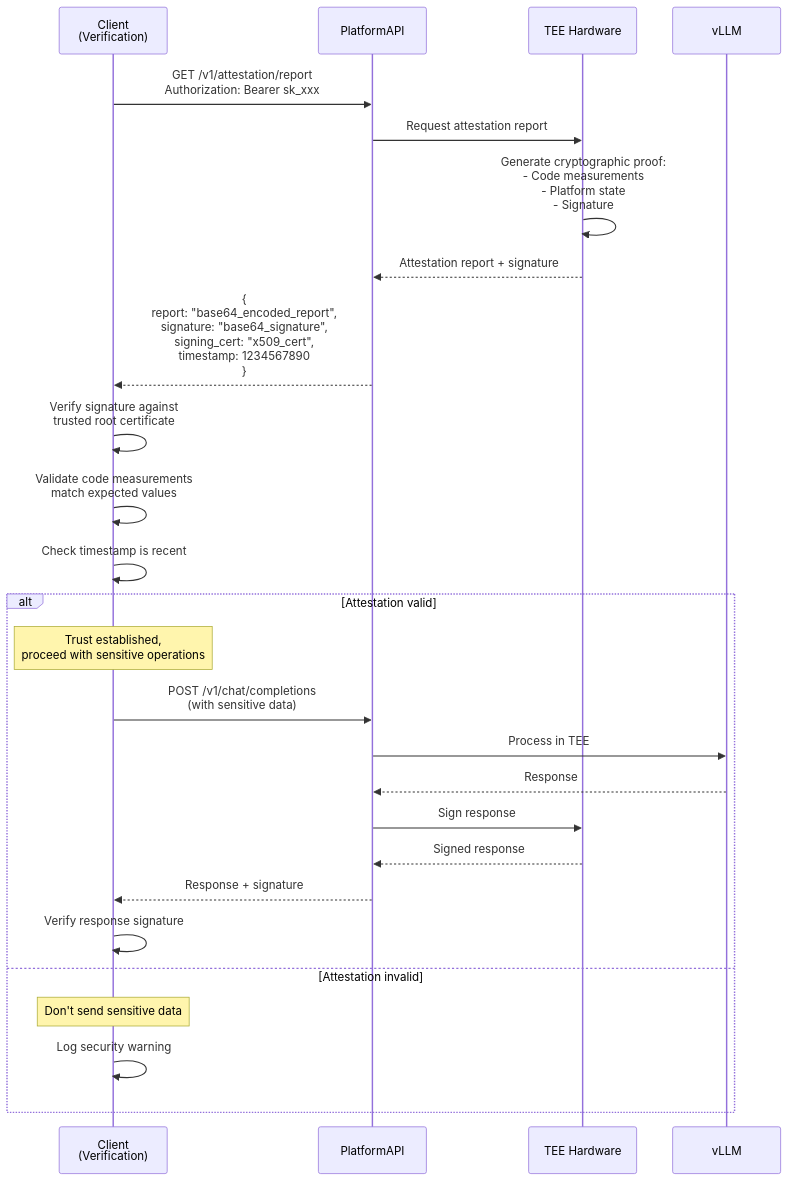
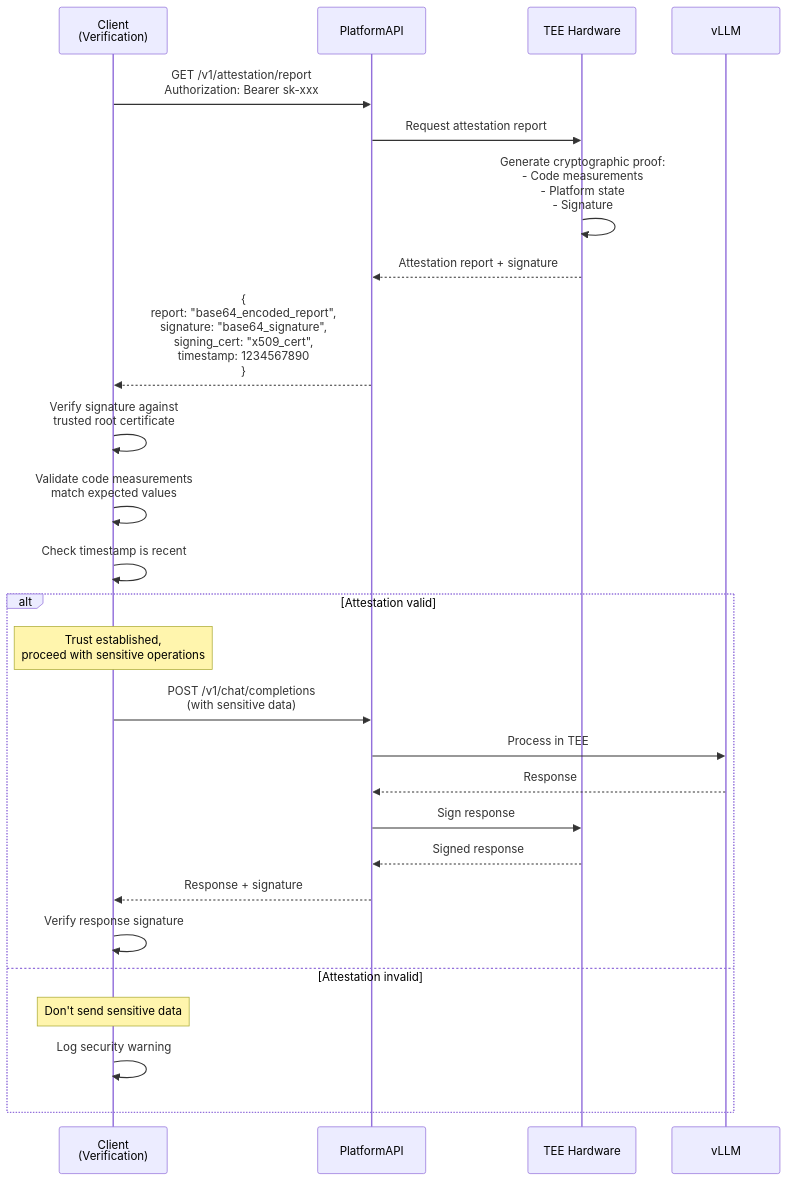
One commit to nearai/cloud-api changed the ninth of 15 diagrams in docs/architecture/c4-diagrams.md. Above: the diagram before and after it, drawn with Mermaid. The commit also changed other lines of this file and 5 other files, not shown here.

````diff
--- a/docs/architecture/c4-diagrams.md
+++ b/docs/architecture/c4-diagrams.md
@@ -644,37 +644,37 @@
 ```mermaid
 sequenceDiagram
     actor Client
     participant PlatformAPI
     participant TEE as TEE Hardware
     participant vLLM
     participant Client as Client<br/>(Verification)
     
-    Client->>PlatformAPI: GET /v1/attestation/report<br/>Authorization: Bearer sk_xxx
+    Client->>PlatformAPI: GET /v1/attestation/report<br/>Authorization: Bearer sk-xxx
     
     PlatformAPI->>TEE: Request attestation report
     TEE->>TEE: Generate cryptographic proof:<br/>- Code measurements<br/>- Platform state<br/>- Signature
     TEE-->>PlatformAPI: Attestation report + signature
     
     PlatformAPI-->>Client: {<br/>  report: "base64_encoded_report",<br/>  signature: "base64_signature",<br/>  signing_cert: "x509_cert",<br/>  timestamp: 1234567890<br/>}
     
     Client->>Client: Verify signature against<br/>trusted root certificate
     Client->>Client: Validate code measurements<br/>match expected values
     Client->>Client: Check timestamp is recent
     
     alt Attestation valid
         Note over Client: Trust established,<br/>proceed with sensitive operations
         
         Client->>PlatformAPI: POST /v1/chat/completions<br/>(with sensitive data)
         PlatformAPI->>vLLM: Process in TEE
         vLLM-->>PlatformAPI: Response
         
         PlatformAPI->>TEE: Sign response
         TEE-->>PlatformAPI: Signed response
         
         PlatformAPI-->>Client: Response + signature
         Client->>Client: Verify response signature
     else Attestation invalid
         Note over Client: Don't send sensitive data
         Client->>Client: Log security warning
     end
 ```
````
